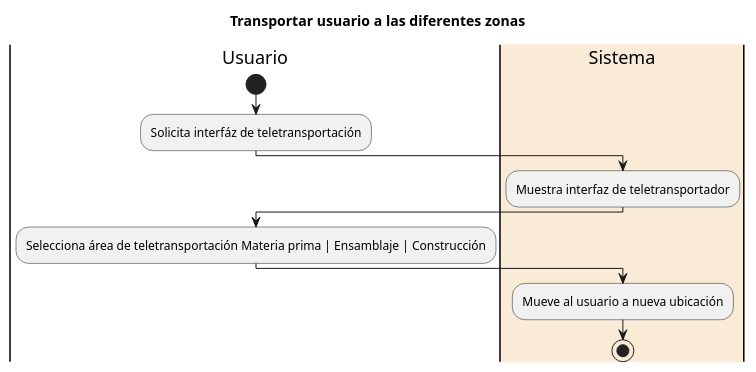
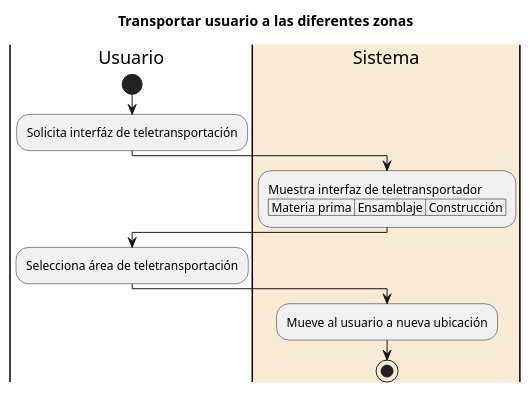
One commit to SALV19/NOVUS_MXREP_Roblox changed the diagram in diagrams/19_Simulacion/19_teletransportador.puml. Above: the diagram before and after it, drawn with PlantUML. The commit also changed 9 other files, not shown here.

```diff
--- a/diagrams/19_Simulacion/19_teletransportador.puml
+++ b/diagrams/19_Simulacion/19_teletransportador.puml
@@ -1,20 +1,20 @@
 @startuml Transportar usuario a las diferentes zonas
 title Transportar usuario a las diferentes zonas
 
 |Usuario|
 start 
 :Solicita interfáz de teletransportación;
 
 |#AntiqueWhite|Sistema|
-:Muestra interfaz de teletransportador;
+:Muestra interfaz de teletransportador \
+\n| Materia prima | Ensamblaje | Construcción |;
 
 |Usuario|
-:Selecciona área de teletransportación \
-Materia prima | Ensamblaje | Construcción;
+:Selecciona área de teletransportación;
 
 |Sistema|
 :Mueve al usuario a nueva ubicación;
 
 stop
 
 @enduml
```
